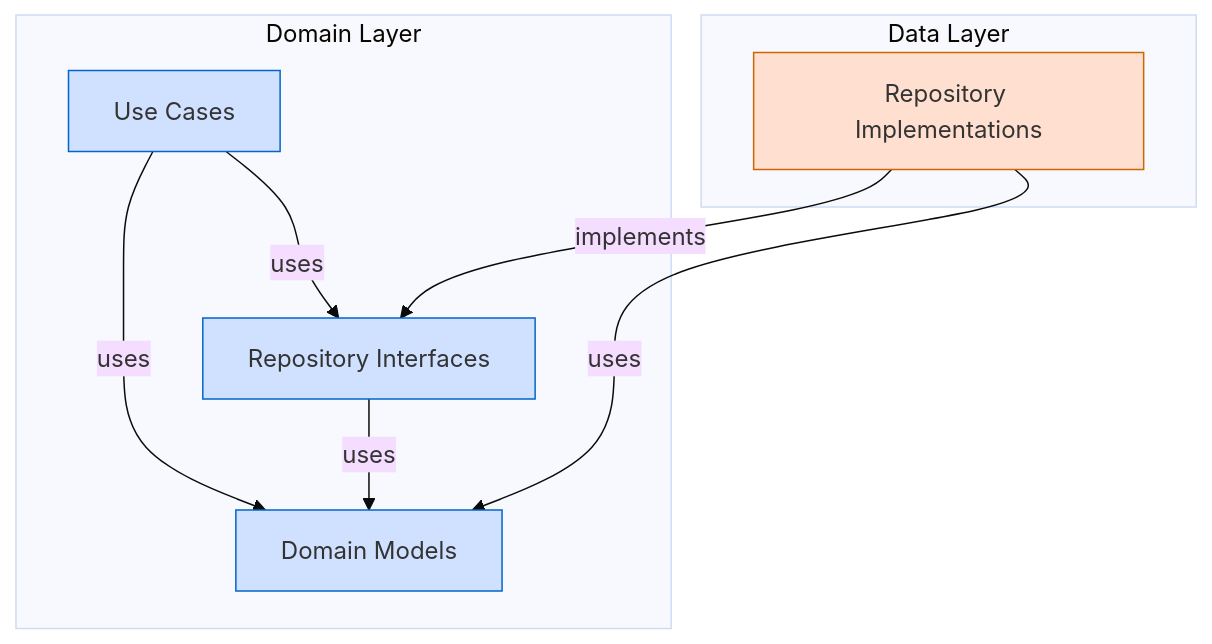
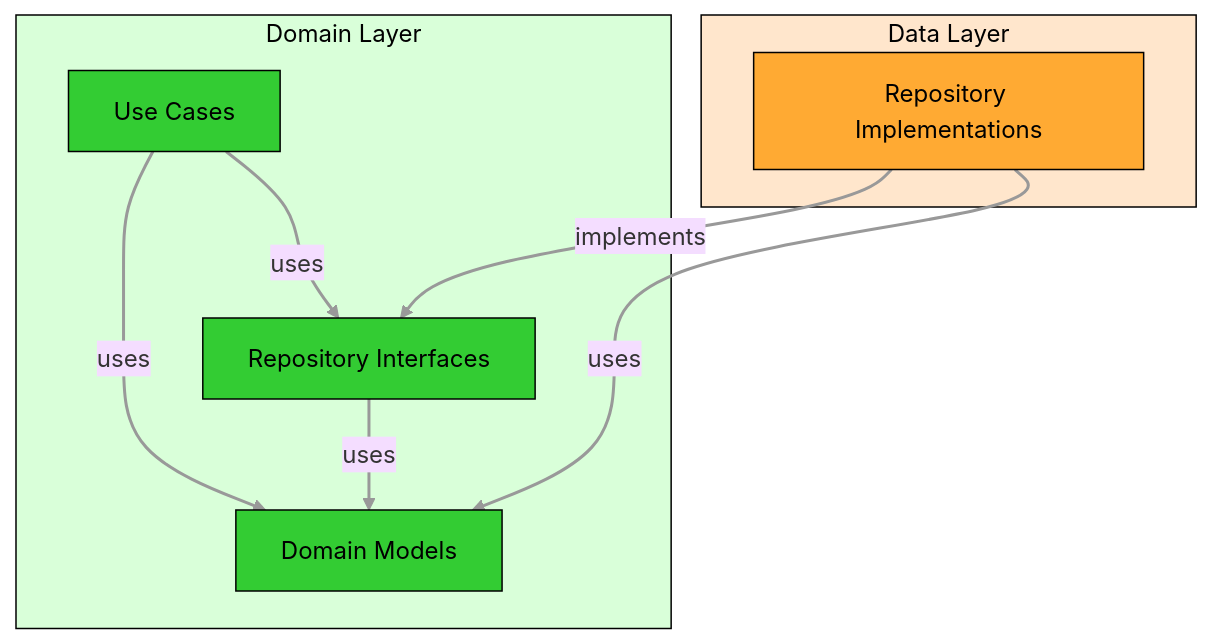
One commit to thunderbird/thunderbird-android changed the third of 5 diagrams in docs/architecture/README.md. Above: the diagram before and after it, drawn with Mermaid (base theme). The commit also changed other lines of this file and 5 other files, not shown here.

Commit message:
docs(architecture): improve diagram colors and unified styling and naming

````diff
--- a/docs/architecture/README.md
+++ b/docs/architecture/README.md
@@ -144,24 +167,30 @@
 ```mermaid
 graph TB
     subgraph DOMAIN[Domain Layer]
-        UC[Use Cases]
-        DM[Domain Models]
-        RI[Repository Interfaces]
+        USE_CASE[Use Cases]
+        MODEL[Domain Models]
+        REPO_API[Repository Interfaces]
     end
 
     subgraph DATA[Data Layer]
-        REPO[Repository Implementations]
+        REPO_IMPL[Repository Implementations]
     end
 
-    UC --> |uses| RI
-    UC --> |uses| DM
-    RI --> |uses| DM
-    REPO --> |implements| RI
-    REPO --> |uses| DM
+    USE_CASE --> |uses| REPO_API
+    USE_CASE --> |uses| MODEL
+    REPO_API --> |uses| MODEL
+    REPO_IMPL --> |implements| REPO_API
+    REPO_IMPL --> |uses| MODEL
 
-    classDef domainClass fill:#d0e0ff,stroke:#0066cc
-    classDef dataClass fill:#ffe0d0,stroke:#cc6600
+    classDef domain_layer fill:#d9ffd9,stroke:#000000,color:#000000
+    classDef domain_class fill:#33cc33,stroke:#000000,color:#000000
+    classDef data_layer fill:#ffe6cc,stroke:#000000,color:#000000
+    classDef data_class fill:#ffaa33,stroke:#000000,color:#000000
 
-    class UC,RI,DM domainClass
-    class REPO dataClass
+    linkStyle default stroke:#999,stroke-width:2px
+
+    class DOMAIN domain_layer
+    class USE_CASE,REPO_API,MODEL domain_class
+    class DATA data_layer
+    class REPO_IMPL data_class
 ```
````
